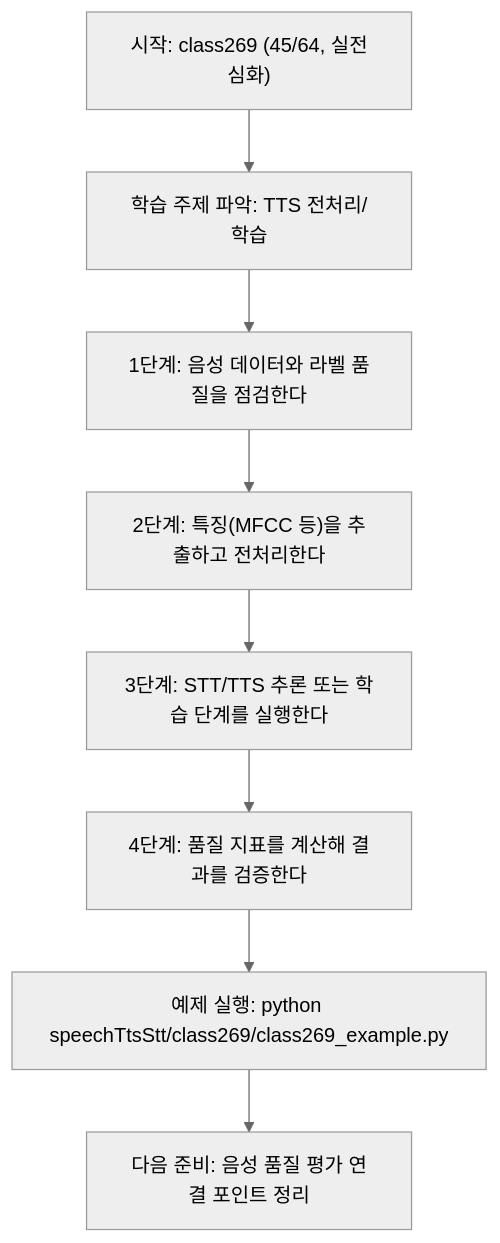
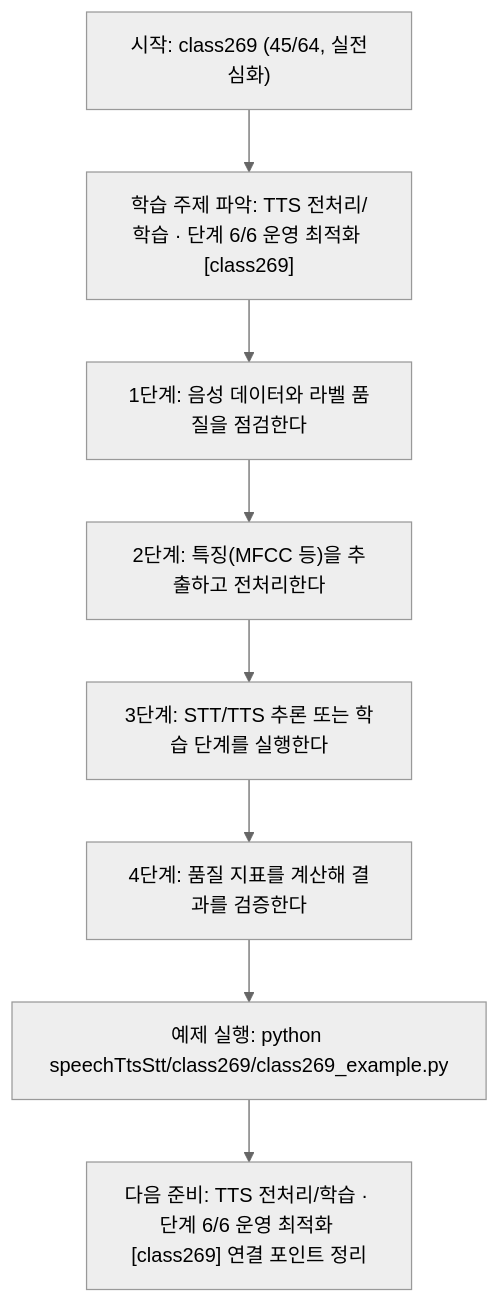
One commit to edumgt/Python-AI_Agent-Class changed the diagram in speechTtsStt/class269/class269.md. Above: the diagram before and after it, drawn with Mermaid (neutral theme). The commit also changed other lines of this file and 522 other files, not shown here.

````diff
--- a/speechTtsStt/class269/class269.md
+++ b/speechTtsStt/class269/class269.md
@@ -113,18 +114,18 @@
 ```mermaid
 flowchart TD
 N1["시작: class269 (45/64, 실전심화)"]
-N2["학습 주제 파악: TTS 전처리/학습"]
+N2["학습 주제 파악: TTS 전처리/학습 · 단계 6/6 운영 최적화 [class269]"]
 N3["1단계: 음성 데이터와 라벨 품질을 점검한다"]
 N4["2단계: 특징(MFCC 등)을 추출하고 전처리한다"]
 N5["3단계: STT/TTS 추론 또는 학습 단계를 실행한다"]
 N6["4단계: 품질 지표를 계산해 결과를 검증한다"]
 N7["예제 실행: python speechTtsStt/class269/class269_example.py"]
-N8["다음 준비: 음성 품질 평가 연결 포인트 정리"]
+N8["다음 준비: TTS 전처리/학습 · 단계 6/6 운영 최적화 [class269] 연결 포인트 정리"]
 N1 --> N2
 N2 --> N3
 N3 --> N4
 N4 --> N5
 N5 --> N6
 N6 --> N7
 N7 --> N8
 ```
````
